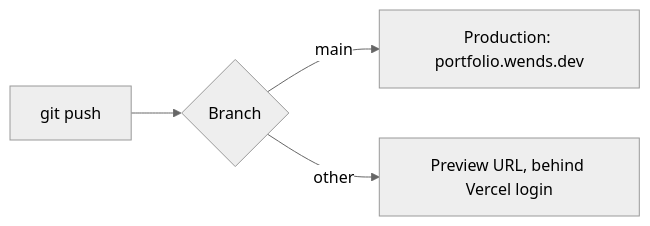
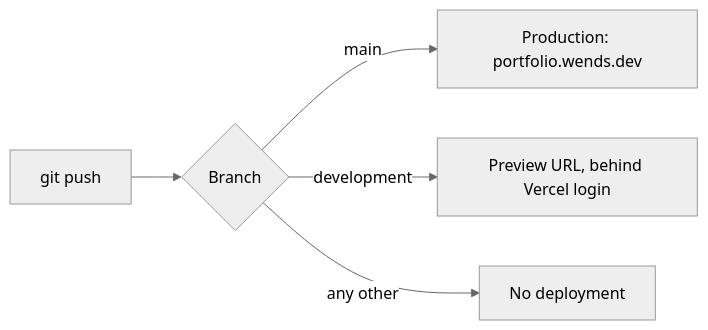
Before and after one commit to wends05/final-portfolio: the diagram in docs/development.md, drawn with Mermaid (neutral theme). The commit also changed other lines of this file and 5 other files, not shown here.

````diff
--- a/docs/development.md
+++ b/docs/development.md
@@ -103,6 +103,7 @@
 ```mermaid
 flowchart LR
     Push["git push"] --> Branch{"Branch"}
     Branch -->|main| Prod["Production: portfolio.wends.dev"]
-    Branch -->|other| Preview["Preview URL, behind Vercel login"]
+    Branch -->|development| Preview["Preview URL, behind Vercel login"]
+    Branch -->|any other| None["No deployment"]
 ```
````
